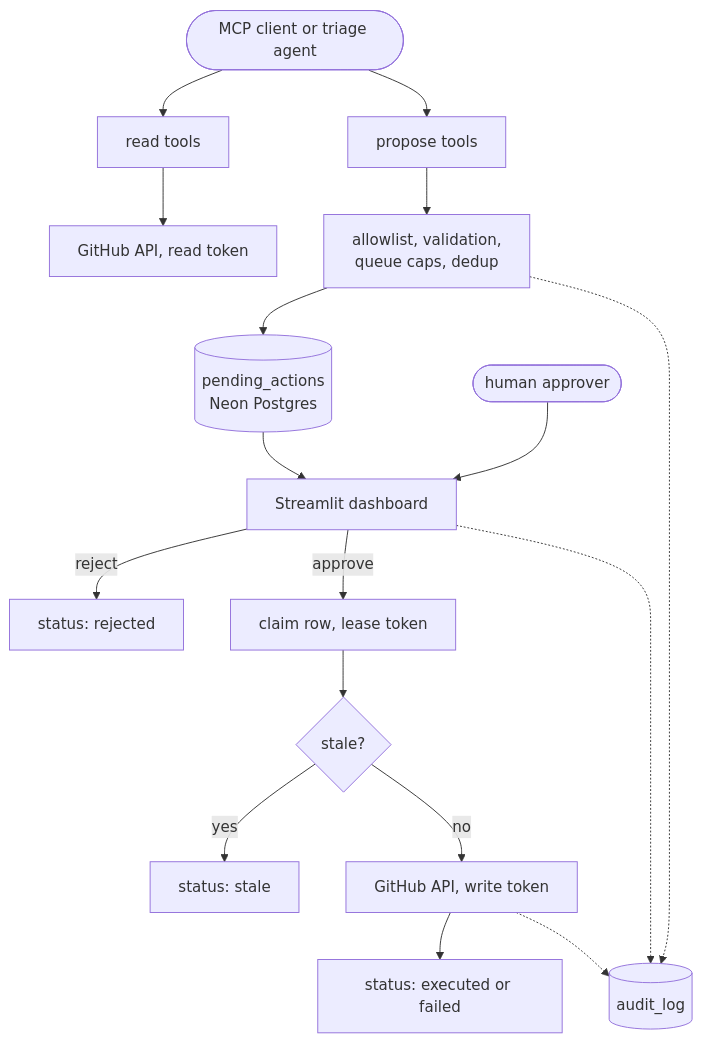
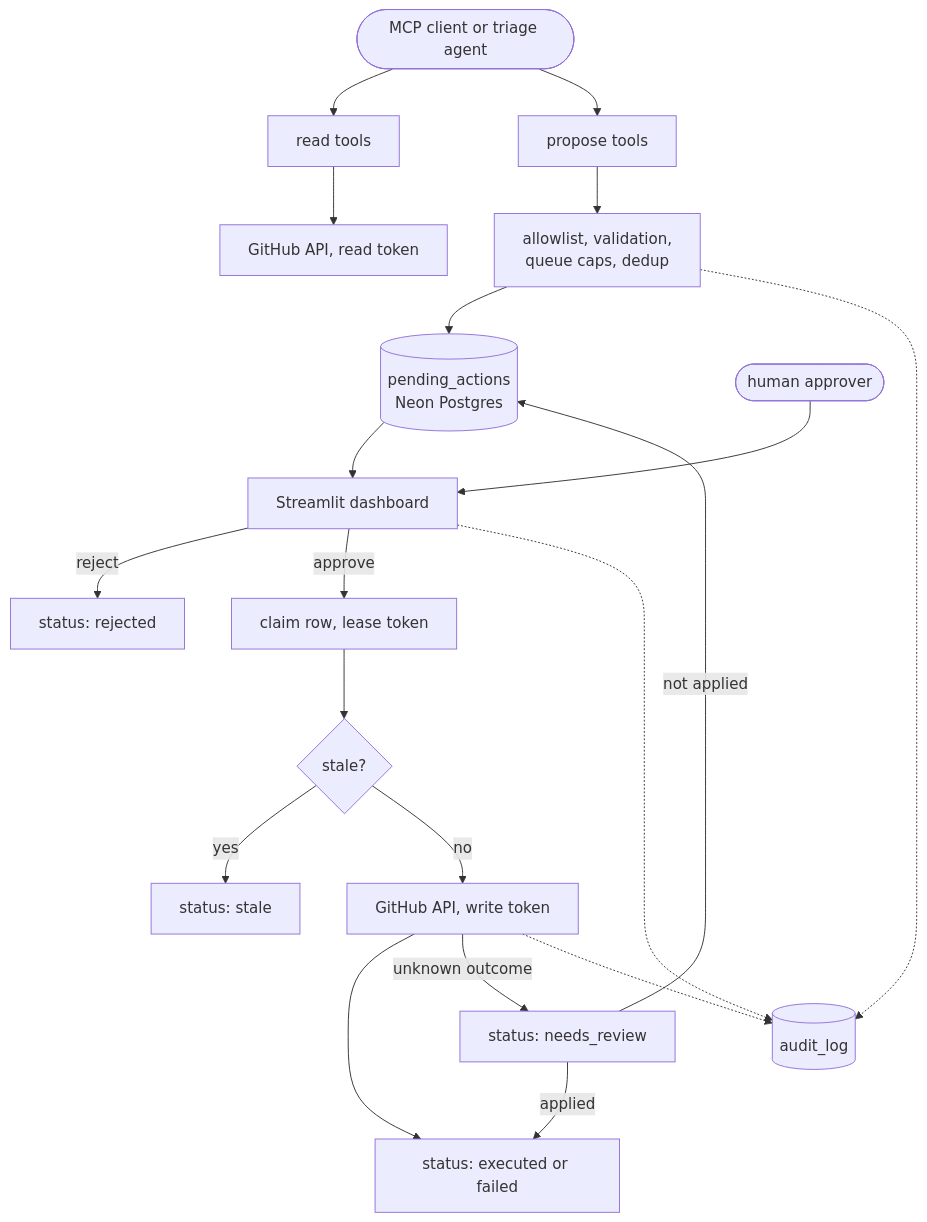
Before and after one commit to abhinavharbola/issueops-mcp: the diagram in README.md, drawn with Mermaid. The commit also changed other lines of this file and 13 other files, not shown here.

````diff
--- a/README.md
+++ b/README.md
@@ -31,23 +32,26 @@
 ```mermaid
 flowchart TD
     client(["MCP client or triage agent"]) --> read["read tools"]
     client --> propose["propose tools"]
     read --> ghr["GitHub API, read token"]
 
     propose --> validate["allowlist, validation,<br/>queue caps, dedup"]
     validate --> queue[("pending_actions<br/>Neon Postgres")]
 
     queue --> dash["Streamlit dashboard"]
     human(["human approver"]) --> dash
     dash -->|reject| rejected["status: rejected"]
     dash -->|approve| claim["claim row, lease token"]
 
     claim --> check{"stale?"}
     check -->|yes| stale["status: stale"]
     check -->|no| ghw["GitHub API, write token"]
     ghw --> done["status: executed or failed"]
+    ghw -->|unknown outcome| review["status: needs_review"]
+    review -->|applied| done
+    review -->|not applied| queue
 
     validate -.-> audit[("audit_log")]
     dash -.-> audit
     ghw -.-> audit
 ```
````
